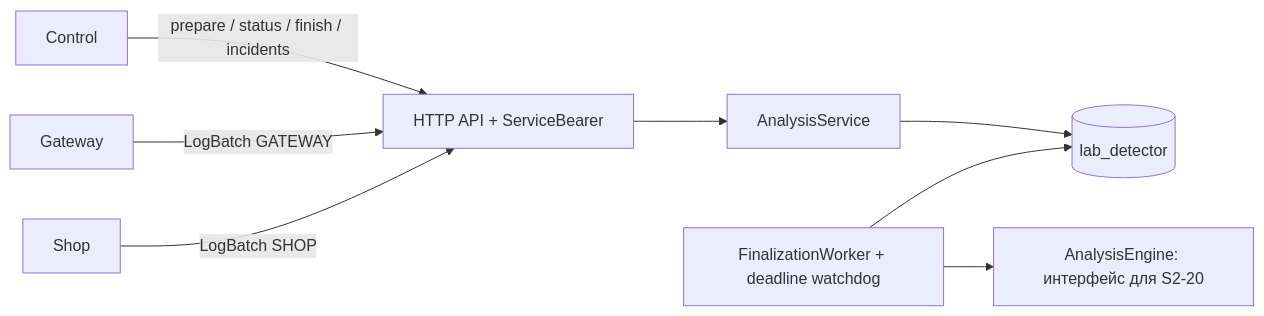
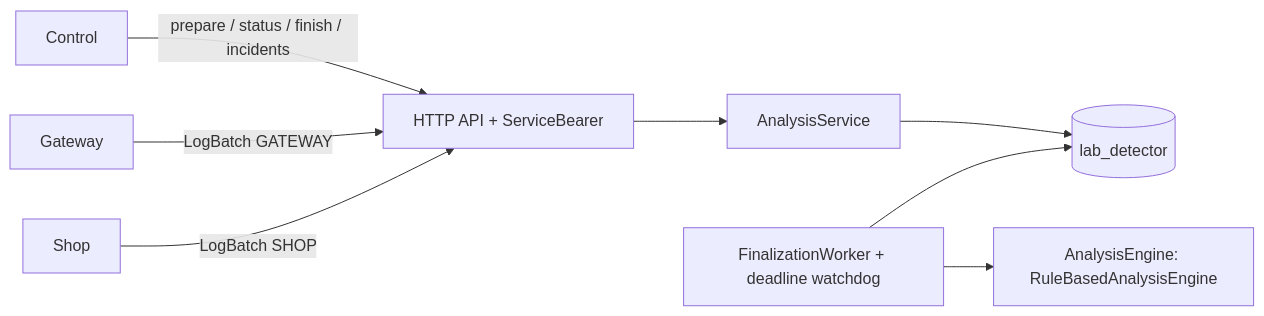
Before and after one commit to Valentin92257/api-security-lab: the first of 2 diagrams in docs/adr/0002-detector-ingestion-and-storage.md, drawn with Mermaid. The commit also changed other lines of this file and 29 other files, not shown here.

````diff
--- a/docs/adr/0002-detector-ingestion-and-storage.md
+++ b/docs/adr/0002-detector-ingestion-and-storage.md
@@ -32,10 +35,10 @@
 ```mermaid
 flowchart LR
     C[Control] -->|prepare / status / finish / incidents| H[HTTP API + ServiceBearer]
     G[Gateway] -->|LogBatch GATEWAY| H
     S[Shop] -->|LogBatch SHOP| H
     H --> A[AnalysisService]
     A --> DB[(lab_detector)]
     W[FinalizationWorker + deadline watchdog] --> DB
-    W --> E[AnalysisEngine: интерфейс для S2-20]
+    W --> E[AnalysisEngine: RuleBasedAnalysisEngine]
 ```
````
